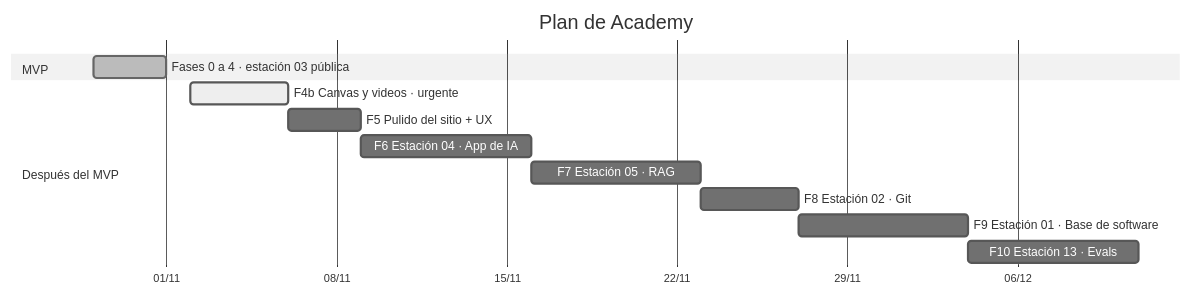
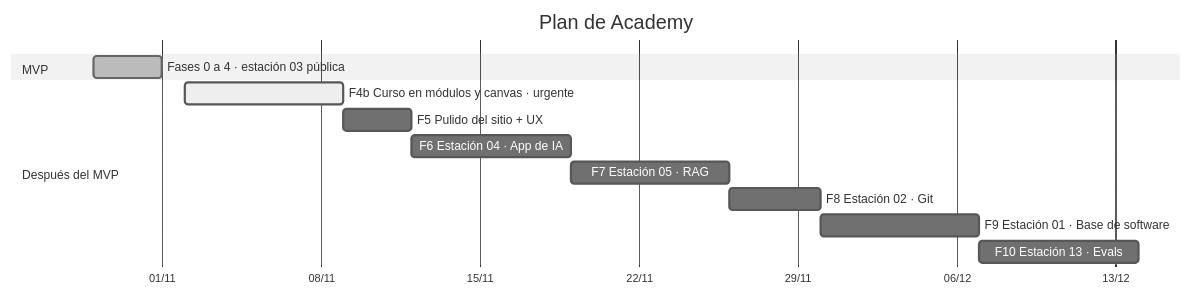
One commit to francoSW99/Academy changed the diagram in AVANCE.md. Above: the diagram before and after it, drawn with Mermaid (neutral theme). The commit also changed other lines of this file, not shown here.

Commit message:
Tablero: estructura de curso en módulos y lecciones, sin paradas (pedido 33)

````diff
--- a/AVANCE.md
+++ b/AVANCE.md
@@ -64,16 +60,16 @@
 ```mermaid
 gantt
     title Plan de Academy
     dateFormat YYYY-MM-DD
     axisFormat %d/%m
     section MVP
     Fases 0 a 4 · estación 03 pública :done, mvp, 2026-10-29, 2026-11-01
     section Después del MVP
-    F4b Canvas y videos · urgente :active, f4b, 2026-11-02, 4d
+    F4b Curso en módulos y canvas · urgente :active, f4b, 2026-11-02, 7d
     F5 Pulido del sitio + UX :f5, after f4b, 3d
     F6 Estación 04 · App de IA :f6, after f5, 7d
     F7 Estación 05 · RAG :f7, after f6, 7d
     F8 Estación 02 · Git :f8, after f7, 4d
     F9 Estación 01 · Base de software :f9, after f8, 7d
     F10 Estación 13 · Evals :f10, after f9, 7d
 ```
````
